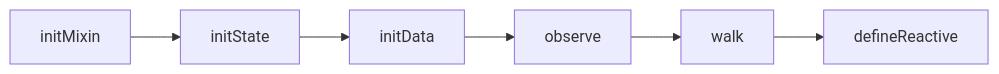
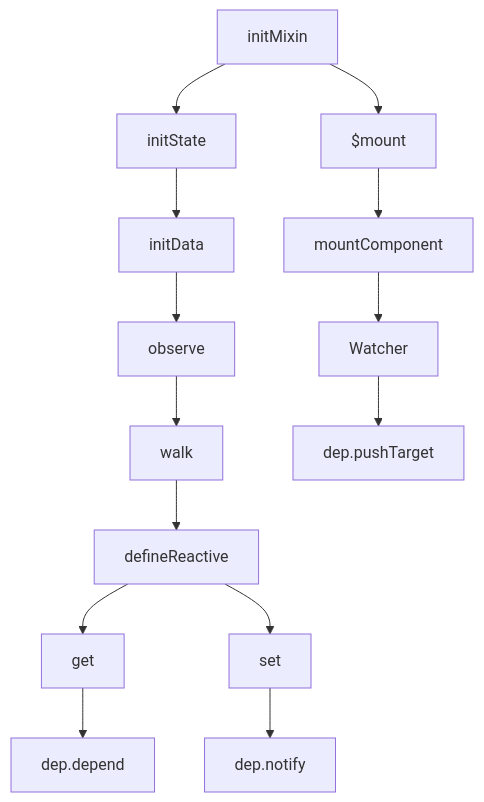
One commit to tinn2015/Notes changed the second of 2 diagrams in docs/vue源码分析/响应式原理/index.md. Above: the diagram before and after it, drawn with Mermaid. The commit also changed other lines of this file and 3 other files, not shown here.

````diff
--- a/docs/vue源码分析/响应式原理/index.md
+++ b/docs/vue源码分析/响应式原理/index.md
@@ -171,5 +757,11 @@
 ``` mermaid
-graph LR
+graph TD
 
   initMixin --> initState --> initData --> observe --> walk --> defineReactive
+
+  defineReactive --> get --> dep.depend
+
+  defineReactive --> set --> dep.notify
+
+  initMixin --> $mount --> mountComponent --> Watcher --> dep.pushTarget
 ```
````
